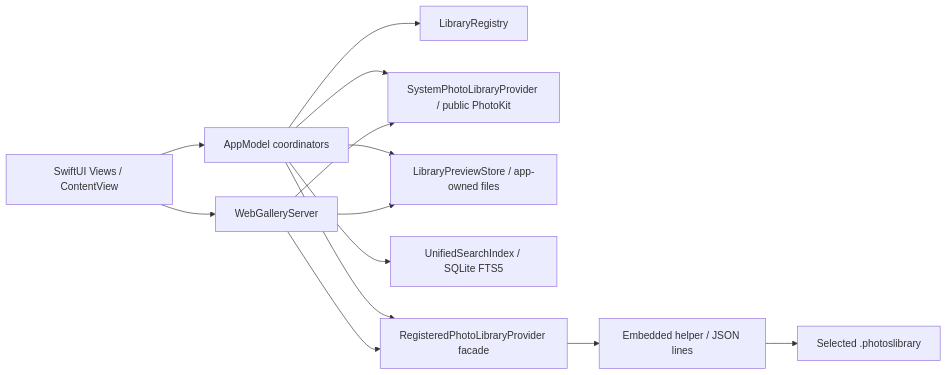
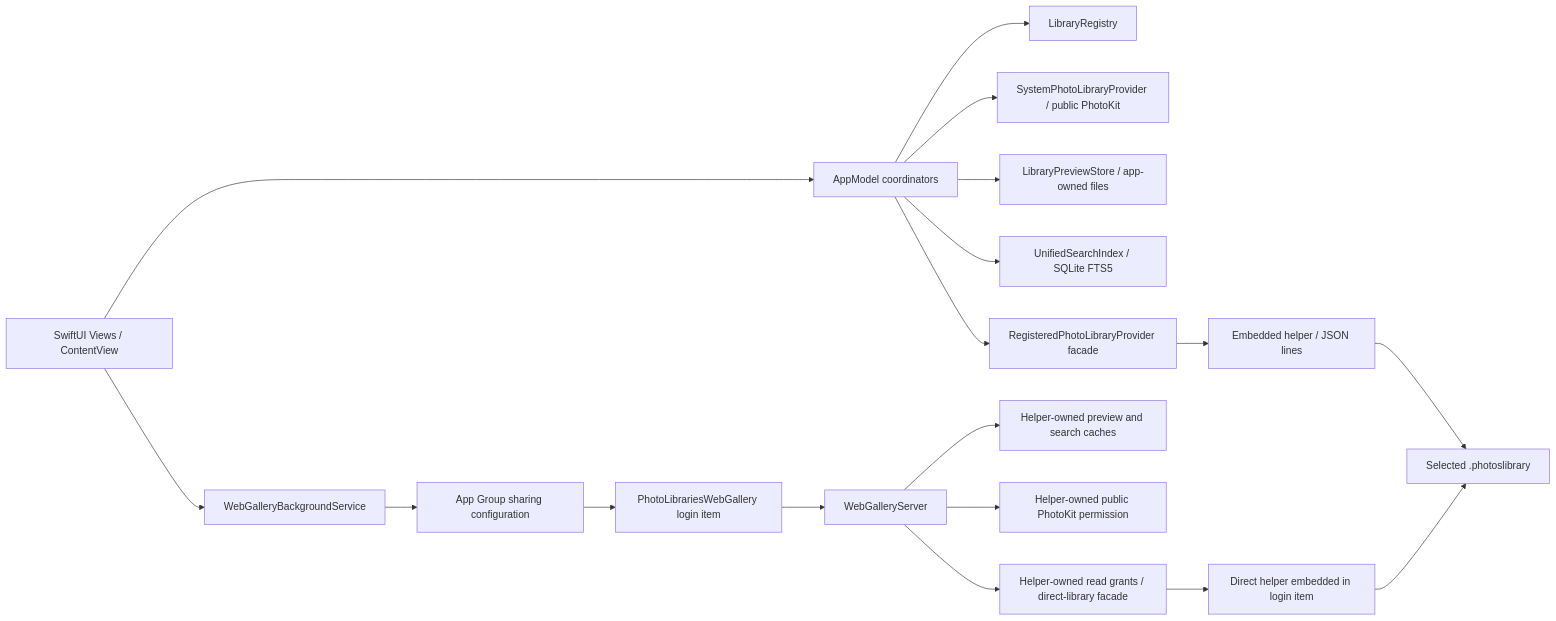
The diagram in TECHNICAL_DOCUMENTATION.md (q7jxb7yxdk-star/photo-libraries), drawn with Mermaid before and after one commit. The commit also changed other lines of this file and 13 other files, not shown here.

Commit message:
Add independent Web Gallery login service and update documentation

````diff
--- a/TECHNICAL_DOCUMENTATION.md
+++ b/TECHNICAL_DOCUMENTATION.md
@@ -20,15 +20,20 @@
 ```mermaid
 flowchart LR
     UI[SwiftUI Views / ContentView] --> Models[AppModel coordinators]
     Models --> Registry[LibraryRegistry]
     Models --> System[SystemPhotoLibraryProvider / public PhotoKit]
     Models --> Store[LibraryPreviewStore / app-owned files]
     Models --> Search[UnifiedSearchIndex / SQLite FTS5]
     Models --> Direct[RegisteredPhotoLibraryProvider facade]
     Direct --> Helper[Embedded helper / JSON lines]
     Helper --> Package[Selected .photoslibrary]
-    UI --> Gallery[WebGalleryServer]
-    Gallery --> Store
-    Gallery --> System
-    Gallery --> Direct
+    UI --> Control[WebGalleryBackgroundService]
+    Control --> Config[App Group sharing configuration]
+    Config --> LoginItem[PhotoLibrariesWebGallery login item]
+    LoginItem --> Gallery[WebGalleryServer]
+    Gallery --> GalleryStore[Helper-owned preview and search caches]
+    Gallery --> GallerySystem[Helper-owned public PhotoKit permission]
+    Gallery --> GalleryDirect[Helper-owned read grants / direct-library facade]
+    GalleryDirect --> GalleryWorker[Direct helper embedded in login item]
+    GalleryWorker --> Package
 ```
````
